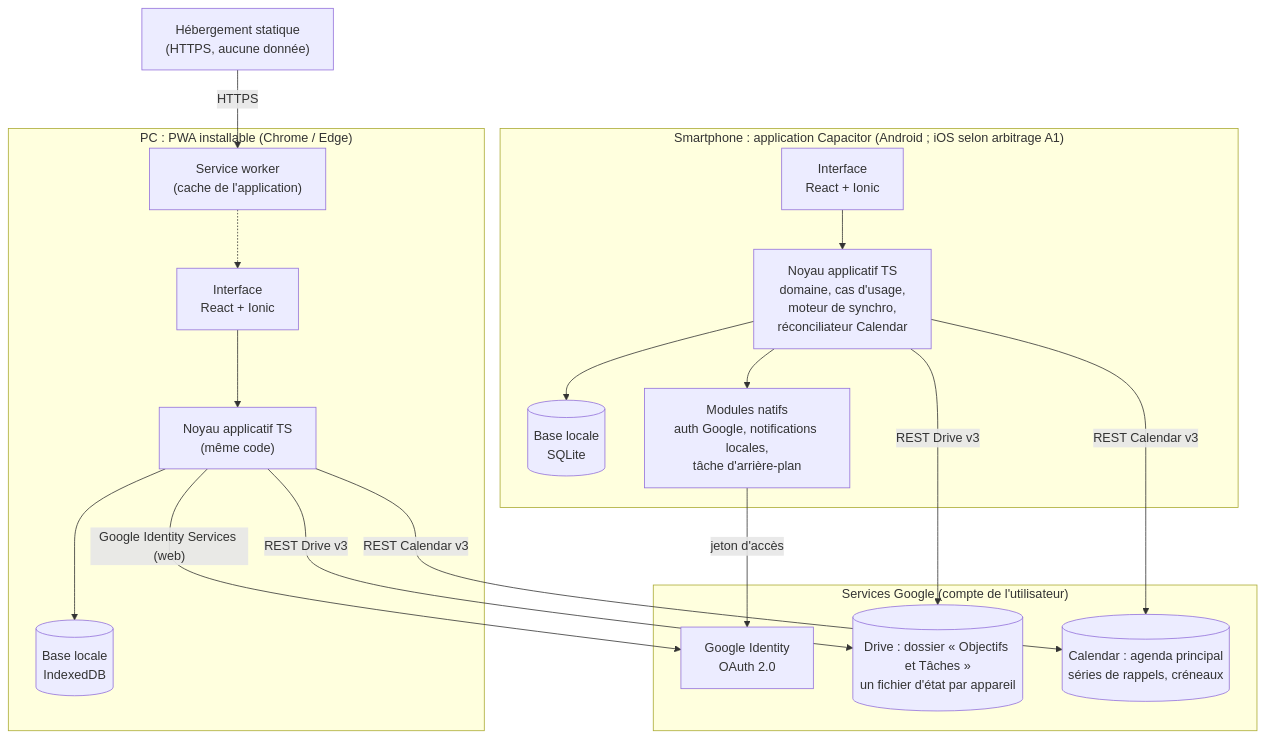
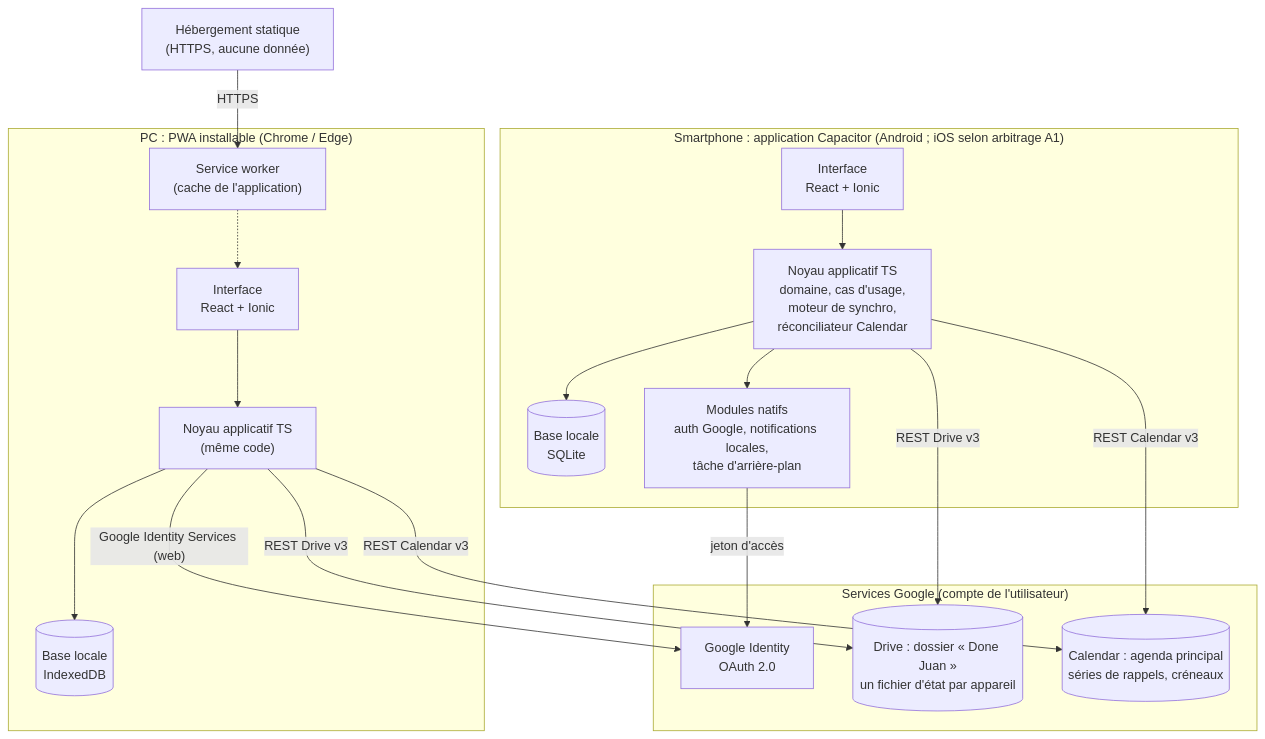
The second of 4 diagrams in docs/03-architecture/DAT.md (mathieublandin-create/taskapp), drawn with Mermaid before and after one commit. The commit also changed other lines of this file and 13 other files, not shown here.

````diff
--- a/docs/03-architecture/DAT.md
+++ b/docs/03-architecture/DAT.md
@@ -107,33 +108,33 @@
 ```mermaid
 flowchart TB
     subgraph PHONE["Smartphone : application Capacitor (Android ; iOS selon arbitrage A1)"]
         UI1["Interface<br/>React + Ionic"]
         CORE1["Noyau applicatif TS<br/>domaine, cas d'usage,<br/>moteur de synchro,<br/>réconciliateur Calendar"]
         DB1[("Base locale<br/>SQLite")]
         NAT1["Modules natifs<br/>auth Google, notifications locales,<br/>tâche d'arrière-plan"]
         UI1 --> CORE1 --> DB1
         CORE1 --> NAT1
     end
     subgraph PC["PC : PWA installable (Chrome / Edge)"]
         UI2["Interface<br/>React + Ionic"]
         CORE2["Noyau applicatif TS<br/>(même code)"]
         DB2[("Base locale<br/>IndexedDB")]
         SW["Service worker<br/>(cache de l'application)"]
         UI2 --> CORE2 --> DB2
         SW -.-> UI2
     end
     subgraph GOOGLE["Services Google (compte de l'utilisateur)"]
         GID["Google Identity<br/>OAuth 2.0"]
-        DRIVE[("Drive : dossier « Objectifs et Tâches »<br/>un fichier d'état par appareil")]
+        DRIVE[("Drive : dossier « Done Juan »<br/>un fichier d'état par appareil")]
         CAL[("Calendar : agenda principal<br/>séries de rappels, créneaux")]
     end
     HOST["Hébergement statique<br/>(HTTPS, aucune donnée)"]
 
     CORE1 -- "REST Drive v3" --> DRIVE
     CORE2 -- "REST Drive v3" --> DRIVE
     CORE1 -- "REST Calendar v3" --> CAL
     CORE2 -- "REST Calendar v3" --> CAL
     NAT1 -- "jeton d'accès" --> GID
     CORE2 -- "Google Identity Services (web)" --> GID
     HOST -- "HTTPS" --> SW
 ```
````
